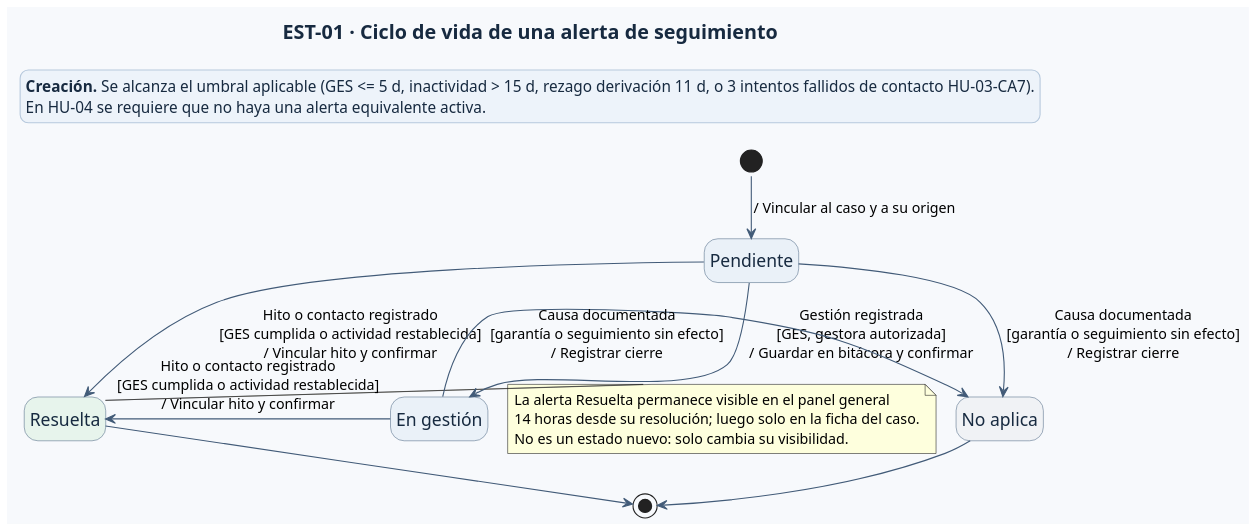
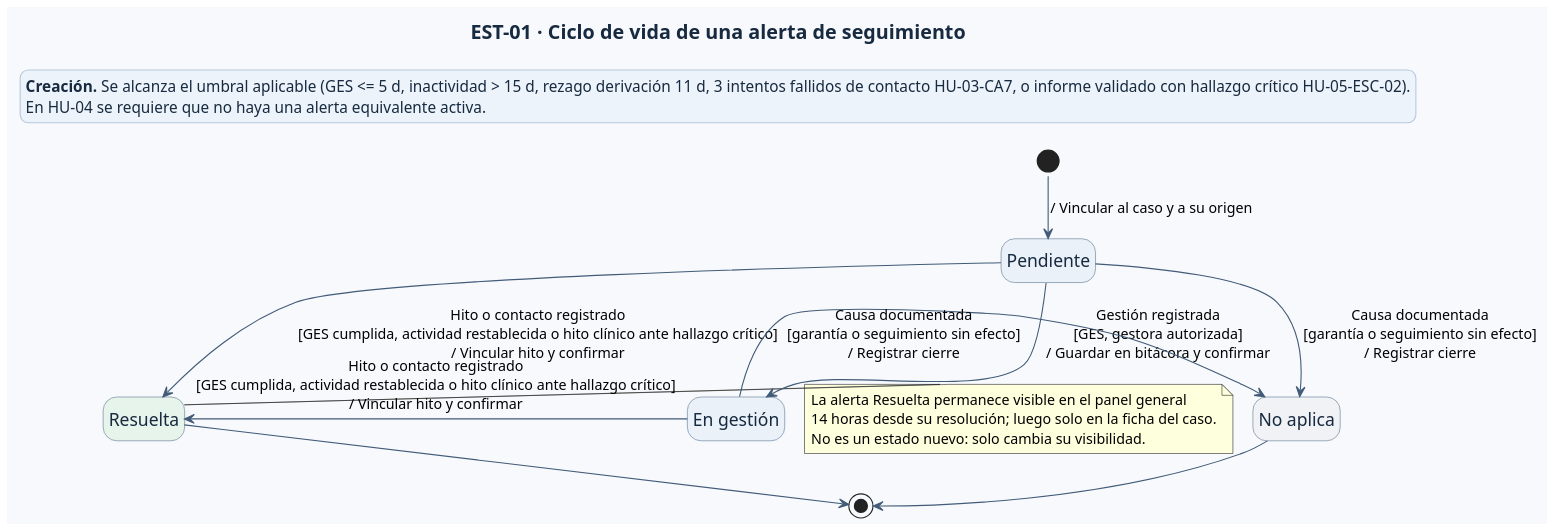
One commit to br1fz/OncoTrace changed the first of 4 diagrams in diagramas/estados-objetos.puml. Above: the diagram before and after it, drawn with PlantUML. The commit also changed other lines of this file and 48 other files, not shown here.

```diff
--- a/diagramas/estados-objetos.puml
+++ b/diagramas/estados-objetos.puml
@@ -2,50 +2,50 @@
 @startuml EST-01-AlertaSeguimiento
 !pragma layout smetana
 hide empty description
 skinparam shadowing false
 skinparam dpi 144
 skinparam backgroundColor #F7F9FC
 skinparam defaultFontName SansSerif
 skinparam titleFontSize 18
 skinparam titleFontColor #172A40
 skinparam stateFontSize 16
 skinparam stateArrowFontSize 13
 skinparam legendBackgroundColor #EDF3FA
 skinparam legendBorderColor #B7C9DD
 skinparam legendFontColor #172A40
 skinparam state {
   BackgroundColor #EAF1F8
   BorderColor #526B87
   FontColor #172A40
   ArrowColor #425B78
   StartColor #526B87
   EndColor #526B87
 }
 
 title EST-01 · Ciclo de vida de una alerta de seguimiento
 
 state "Pendiente" as P
 state "En gestión" as G
 state "Resuelta" as R #E7F4EC
 state "No aplica" as N #F0F2F5
 
 [*] -down-> P : / Vincular al caso y a su origen
 P -down-> G : Gestión registrada\n[GES, gestora autorizada]\n/ Guardar en bitácora y confirmar
-P -down-> R : Hito o contacto registrado\n[GES cumplida o actividad restablecida]\n/ Vincular hito y confirmar
+P -down-> R : Hito o contacto registrado\n[GES cumplida, actividad restablecida o hito clínico ante hallazgo crítico]\n/ Vincular hito y confirmar
 P -down-> N : Causa documentada\n[garantía o seguimiento sin efecto]\n/ Registrar cierre
-G -left-> R : Hito o contacto registrado\n[GES cumplida o actividad restablecida]\n/ Vincular hito y confirmar
+G -left-> R : Hito o contacto registrado\n[GES cumplida, actividad restablecida o hito clínico ante hallazgo crítico]\n/ Vincular hito y confirmar
 G -right-> N : Causa documentada\n[garantía o seguimiento sin efecto]\n/ Registrar cierre
 R -down-> [*]
 N -down-> [*]
 
 note right of R
 La alerta Resuelta permanece visible en el panel general
 14 horas desde su resolución; luego solo en la ficha del caso.
 No es un estado nuevo: solo cambia su visibilidad.
 end note
 
 legend top
-  **Creación.** Se alcanza el umbral aplicable (GES <= 5 d, inactividad > 15 d, rezago derivación 11 d, o 3 intentos fallidos de contacto HU-03-CA7).
+  **Creación.** Se alcanza el umbral aplicable (GES <= 5 d, inactividad > 15 d, rezago derivación 11 d, 3 intentos fallidos de contacto HU-03-CA7, o informe validado con hallazgo crítico HU-05-ESC-02).
   En HU-04 se requiere que no haya una alerta equivalente activa.
 endlegend
 @enduml
```
